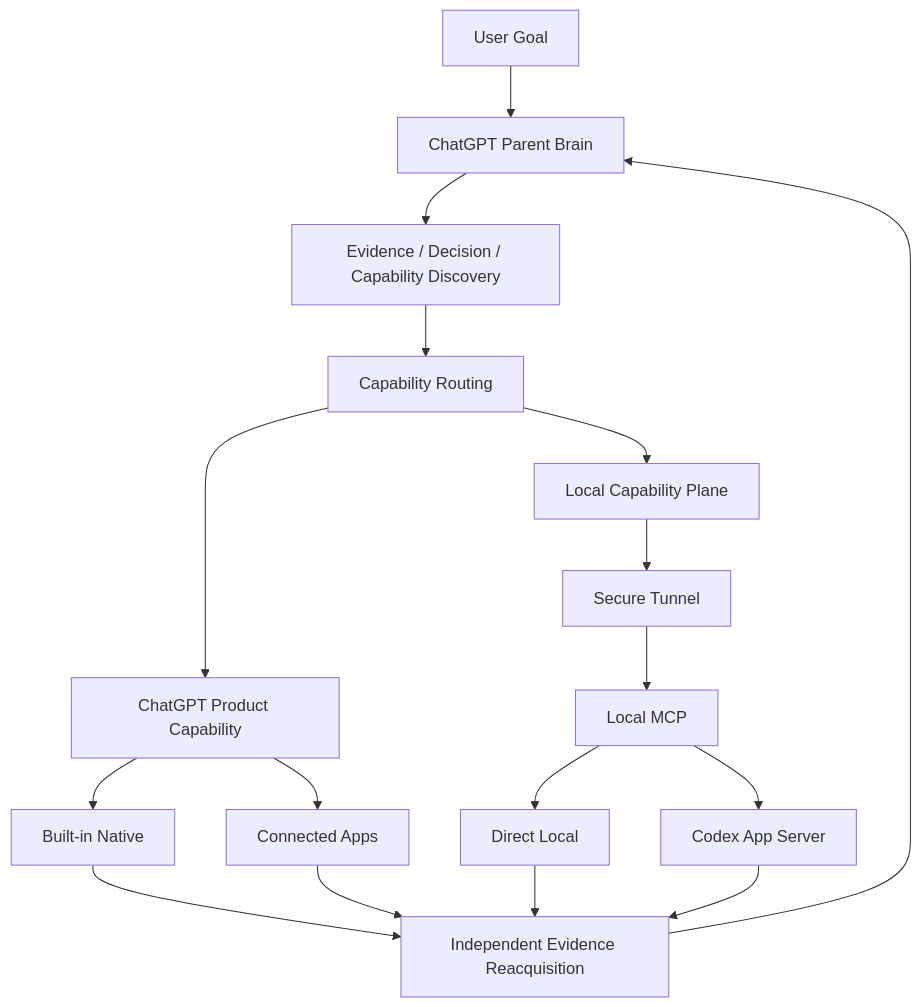
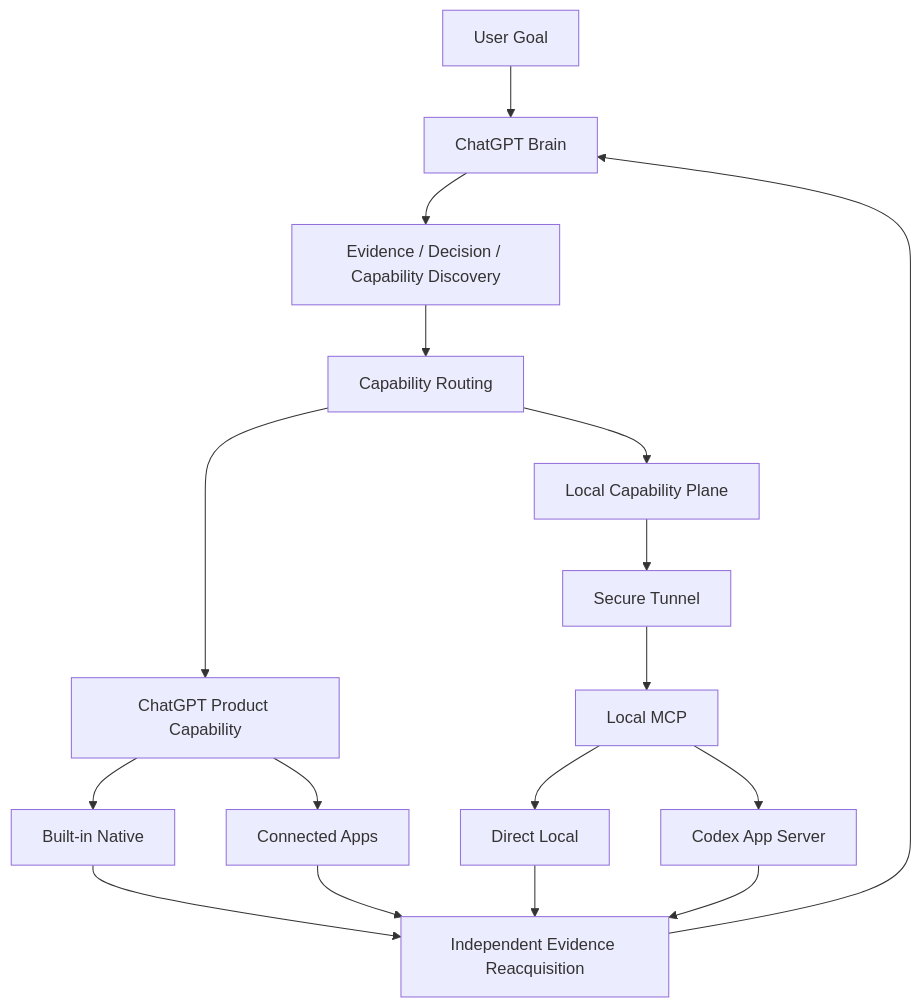
One commit to SIMON-WORLD/chatgpt-codex-orchestrator changed the diagram in docs/architecture.md. Above: the diagram before and after it, drawn with Mermaid. The commit also changed other lines of this file and 7 other files, not shown here.

````diff
--- a/docs/architecture.md
+++ b/docs/architecture.md
@@ -39,22 +41,22 @@
 ```mermaid
 flowchart TD
-    U[User Goal] --> B[ChatGPT Parent Brain]
+    U[User Goal] --> B[ChatGPT Brain]
     B --> E[Evidence / Decision / Capability Discovery]
     E --> R[Capability Routing]
 
     R --> P[ChatGPT Product Capability]
     P --> N[Built-in Native]
     P --> A[Connected Apps]
 
     R --> L[Local Capability Plane]
     L --> T[Secure Tunnel]
     T --> M[Local MCP]
     M --> D[Direct Local]
     M --> C[Codex App Server]
 
     N --> V[Independent Evidence Reacquisition]
     A --> V
     D --> V
     C --> V
     V --> B
 ```
````
